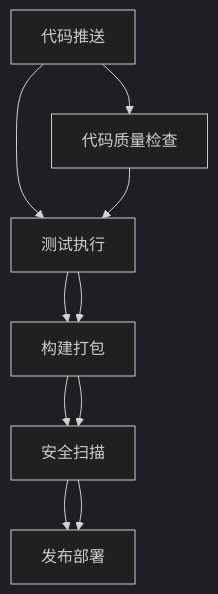
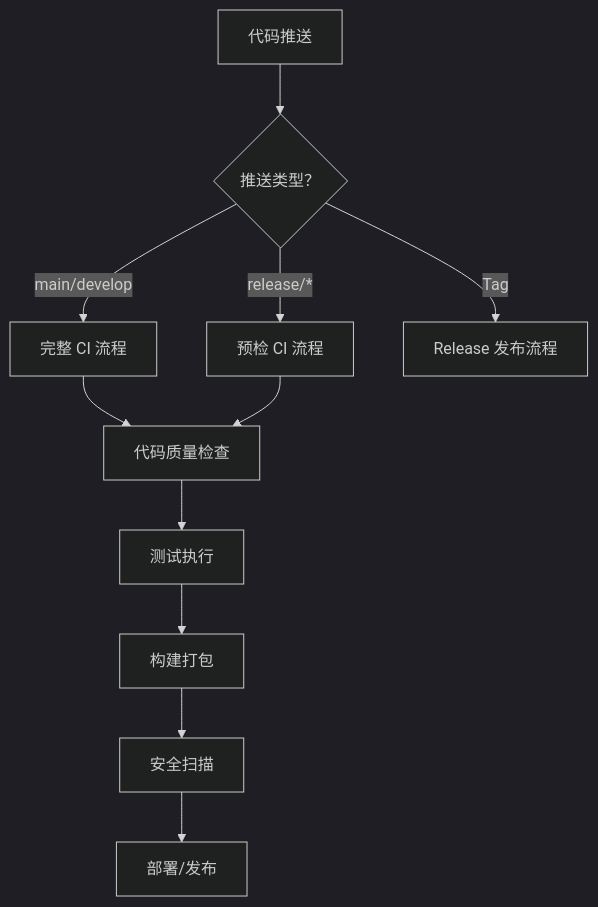
Before and after one commit to yecllsl/nanobot-runner: the first of 2 diagrams in docs/devops/OPS_CICD流水线配置说明.md, drawn with Mermaid (dark theme). The commit also changed other lines of this file and 2 other files, not shown here.

````diff
--- a/docs/devops/OPS_CICD流水线配置说明.md
+++ b/docs/devops/OPS_CICD流水线配置说明.md
@@ -18,13 +18,13 @@
 ```mermaid
 graph TB
-    A[代码推送] --> B[代码质量检查]
-    A --> C[测试执行]
-    C --> D[构建打包]
-    D --> E[安全扫描]
-    E --> F[发布部署]
-    
-    B --> C
-    C --> D
-    D --> E
-    E --> F
+    A[代码推送] --> B{推送类型？}
+    B -->|main/develop| C[完整 CI 流程]
+    B -->|release/*| D[预检 CI 流程]
+    B -->|Tag| E[Release 发布流程]
+    C --> F[代码质量检查]
+    D --> F
+    F --> G[测试执行]
+    G --> H[构建打包]
+    H --> I[安全扫描]
+    I --> J[部署/发布]
 ```
````
